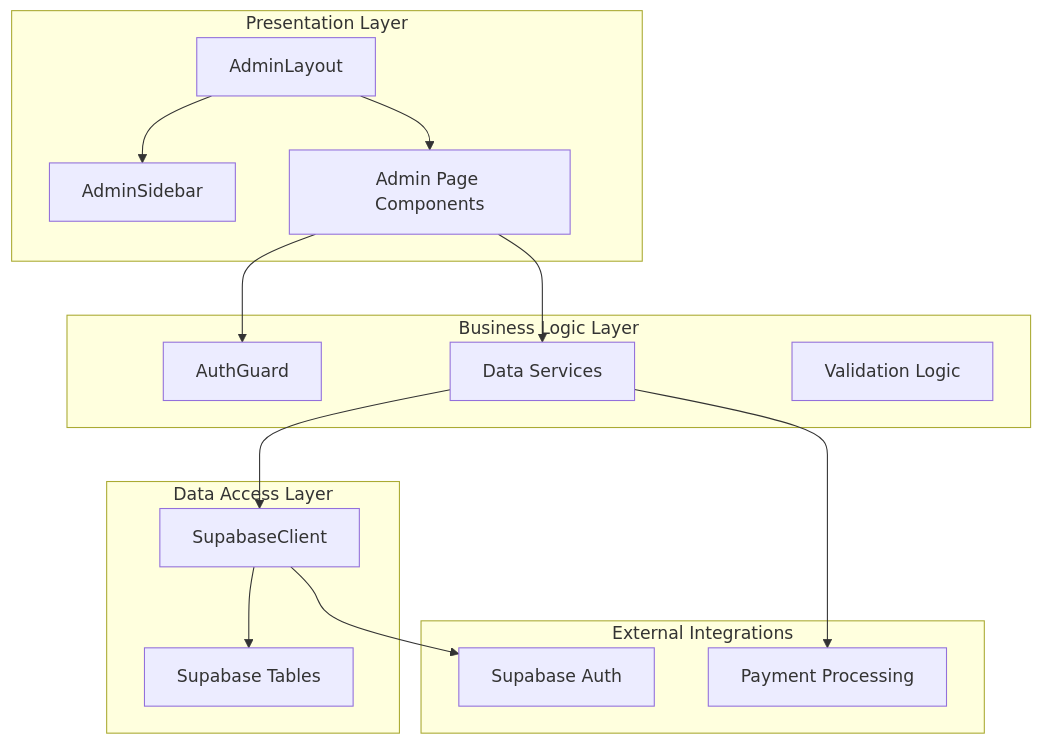
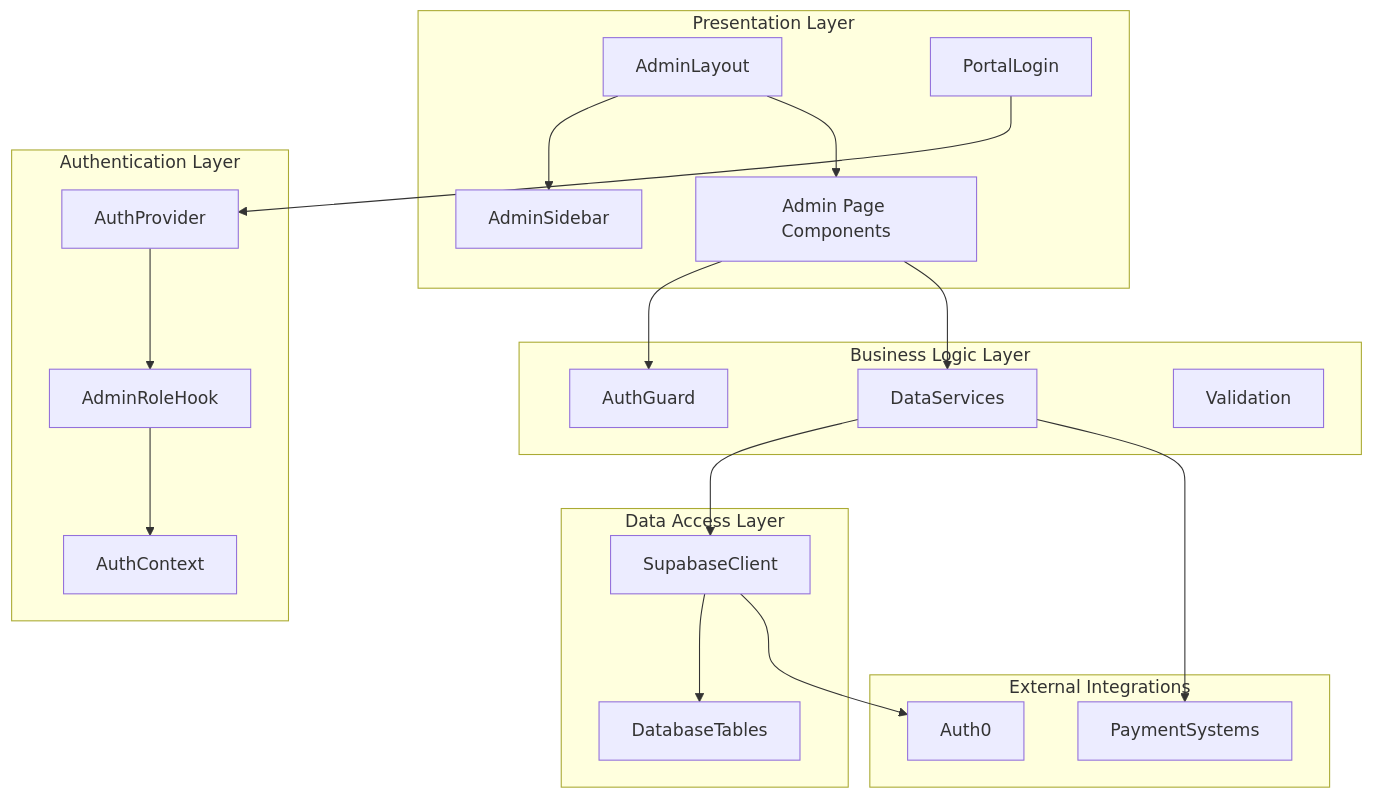
The second of 8 diagrams in .qoder/repowiki/en/content/Application Architecture/Admin Portal System.md (Hawky1/ryland), drawn with Mermaid before and after one commit. The commit also changed other lines of this file and 6 other files, not shown here.

Commit message:
Fix useAdminRole to cache result and prevent re-check on tab switch

````diff
--- a/.qoder/repowiki/en/content/Application Architecture/Admin Portal System.md
+++ b/.qoder/repowiki/en/content/Application Architecture/Admin Portal System.md
@@ -138,29 +168,38 @@
 ```mermaid
 graph TB
 subgraph "Presentation Layer"
 AdminLayout
 AdminSidebar
 PageComponents["Admin Page Components"]
+PortalLogin
+end
+subgraph "Authentication Layer"
+AuthProvider
+AdminRoleHook
+AuthContext
 end
 subgraph "Business Logic Layer"
 AuthGuard
-DataServices["Data Services"]
-Validation["Validation Logic"]
+DataServices
+Validation
 end
 subgraph "Data Access Layer"
 SupabaseClient
-DatabaseTables["Supabase Tables"]
+DatabaseTables
 end
 subgraph "External Integrations"
-Auth0["Supabase Auth"]
-PaymentSystems["Payment Processing"]
+Auth0
+PaymentSystems
 end
 AdminLayout --> AdminSidebar
 AdminLayout --> PageComponents
+PortalLogin --> AuthProvider
 PageComponents --> AuthGuard
 PageComponents --> DataServices
+AuthProvider --> AdminRoleHook
+AdminRoleHook --> AuthContext
 DataServices --> SupabaseClient
 SupabaseClient --> DatabaseTables
 SupabaseClient --> Auth0
 DataServices --> PaymentSystems
 ```
````
